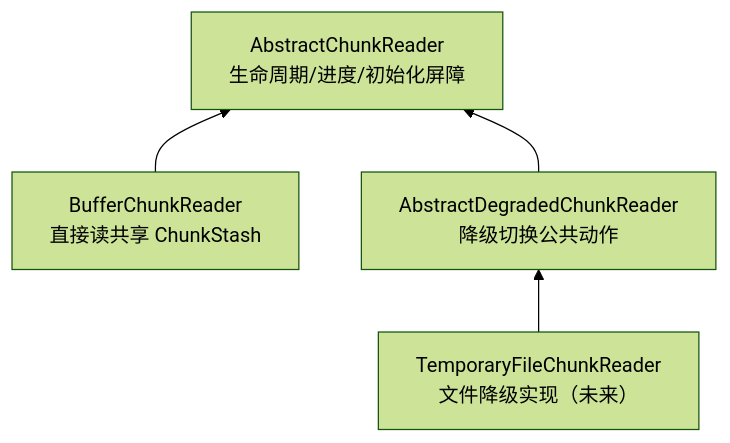
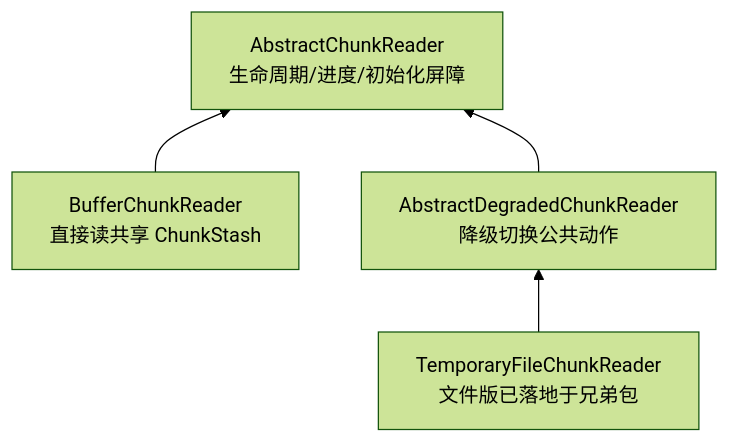
The fourth of 6 diagrams in DESIGN.md (produck/fugue), drawn with Mermaid (forest theme) before and after one commit. The commit also changed other lines of this file and 14 other files, not shown here.

````diff
--- a/DESIGN.md
+++ b/DESIGN.md
@@ -407,10 +409,10 @@
 ```mermaid
 graph BT
     BufferChunkReader["BufferChunkReader<br/>直接读共享 ChunkStash"]
     AbstractDegradedChunkReader["AbstractDegradedChunkReader<br/>降级切换公共动作"]
-    TemporaryFileChunkReader["TemporaryFileChunkReader<br/>文件降级实现（未来）"]
+    TemporaryFileChunkReader["TemporaryFileChunkReader<br/>文件版已落地于兄弟包"]
     AbstractChunkReader["AbstractChunkReader<br/>生命周期/进度/初始化屏障"]
     BufferChunkReader --> AbstractChunkReader
     AbstractDegradedChunkReader --> AbstractChunkReader
     TemporaryFileChunkReader --> AbstractDegradedChunkReader
 ```
````
